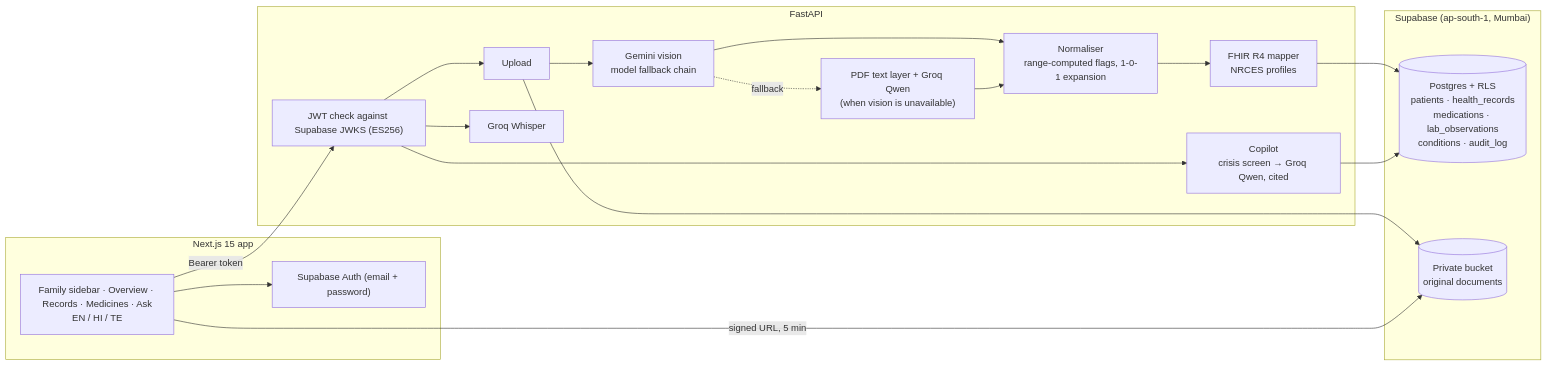
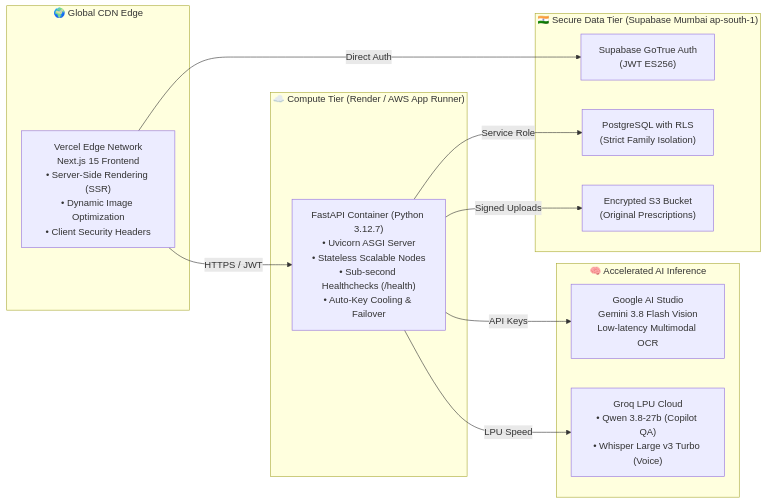
The second of 2 diagrams in README.md (Amith-Gupta/Personal-Health-Copilot), drawn with Mermaid before and after one commit. The commit also changed other lines of this file and 1 other file, not shown here.

Commit message:
docs: update README and AI_LAYER documentation for hackathon presentation

````diff
--- a/README.md
+++ b/README.md
@@ -22,32 +134,28 @@
 ```mermaid
 flowchart LR
-  subgraph Browser["Next.js 15 app"]
-    UI["Family sidebar · Overview · Records · Medicines · Ask\nEN / HI / TE"]
-    SBJS["Supabase Auth (email + password)"]
+  subgraph Edge["🌍 Global CDN Edge"]
+    VercelEdge["Vercel Edge Network\nNext.js 15 Frontend\n• Server-Side Rendering (SSR)\n• Dynamic Image Optimization\n• Client Security Headers"]
   end
 
-  subgraph API["FastAPI"]
-    AUTH["JWT check against Supabase JWKS (ES256)"]
-    ING["Upload"]
-    OCR["Gemini vision\nmodel fallback chain"]
-    PDF["PDF text layer + Groq Qwen\n(when vision is unavailable)"]
-    NORM["Normaliser\nrange-computed flags, 1-0-1 expansion"]
-    FHIR["FHIR R4 mapper\nNRCES profiles"]
-    QA["Copilot\ncrisis screen → Groq Qwen, cited"]
-    VOICE["Groq Whisper"]
+  subgraph CloudBackend["☁️ Compute Tier (Render / AWS App Runner)"]
+    FastAPIApp["FastAPI Container (Python 3.12.7)\n• Uvicorn ASGI Server\n• Stateless Scalable Nodes\n• Sub-second Healthchecks (/health)\n• Auto-Key Cooling & Failover"]
   end
 
-  subgraph Supabase["Supabase (ap-south-1, Mumbai)"]
-    PG[("Postgres + RLS\npatients · health_records\nmedications · lab_observations\nconditions · audit_log")]
-    ST[("Private bucket\noriginal documents")]
+  subgraph AICloud["🧠 Accelerated AI Inference"]
+    GoogleAI["Google AI Studio\nGemini 3.8 Flash Vision\nLow-latency Multimodal OCR"]
+    GroqCloud["Groq LPU Cloud\n• Qwen 3.8-27b (Copilot QA)\n• Whisper Large v3 Turbo (Voice)"]
   end
 
-  UI --> SBJS
-  UI -- "Bearer token" --> AUTH
-  AUTH --> ING --> OCR --> NORM --> FHIR --> PG
-  OCR -. fallback .-> PDF --> NORM
-  ING --> ST
-  AUTH --> QA --> PG
-  AUTH --> VOICE
-  UI -- "signed URL, 5 min" --> ST
+  subgraph CloudData["🇮🇳 Secure Data Tier (Supabase Mumbai ap-south-1)"]
+    SupaAuth["Supabase GoTrue Auth\n(JWT ES256)"]
+    SupaDB["PostgreSQL with RLS\n(Strict Family Isolation)"]
+    SupaStorage["Encrypted S3 Bucket\n(Original Prescriptions)"]
+  end
+
+  VercelEdge -- "HTTPS / JWT" --> FastAPIApp
+  FastAPIApp -- "API Keys" --> GoogleAI
+  FastAPIApp -- "LPU Speed" --> GroqCloud
+  FastAPIApp -- "Service Role" --> SupaDB
+  FastAPIApp -- "Signed Uploads" --> SupaStorage
+  VercelEdge -- "Direct Auth" --> SupaAuth
 ```
````
